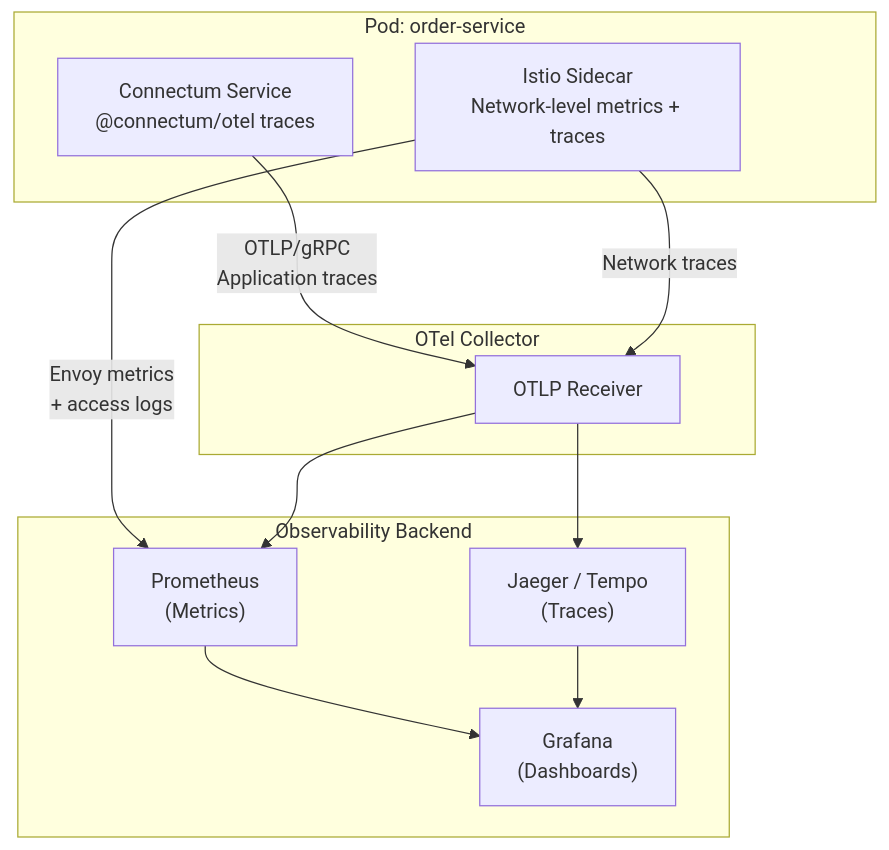
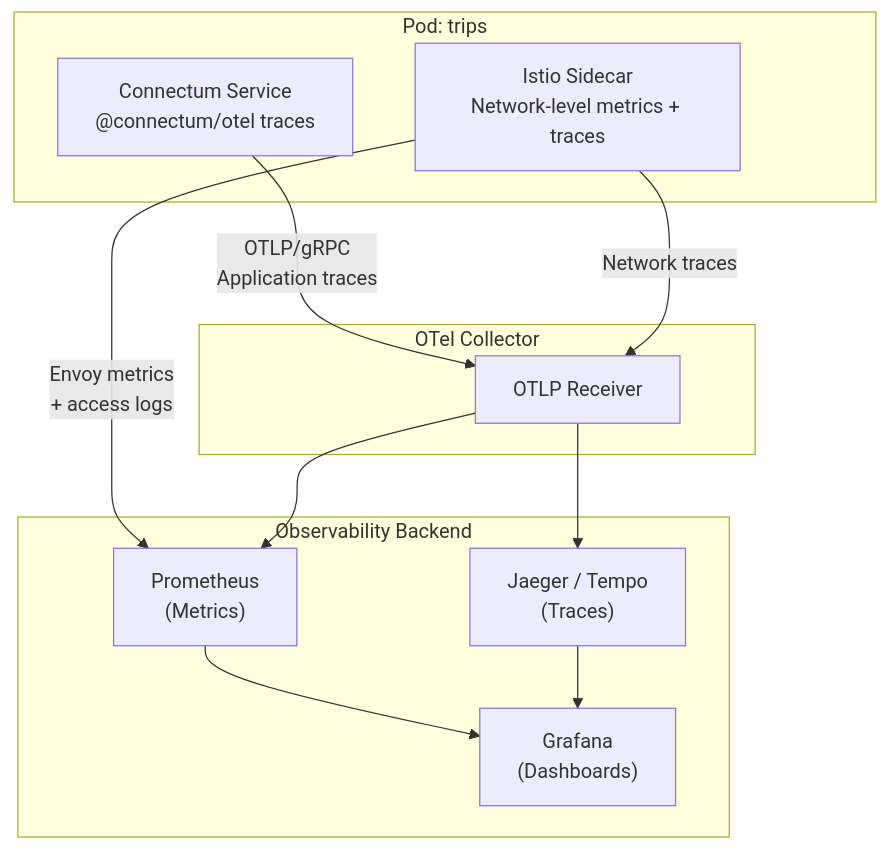
The diagram in en/guide/production/service-mesh.md (Connectum-Framework/docs), drawn with Mermaid before and after one commit. The commit also changed other lines of this file and 98 other files, not shown here.

````diff
--- a/en/guide/production/service-mesh.md
+++ b/en/guide/production/service-mesh.md
@@ -112,25 +111,25 @@
 ```mermaid
 graph TB
-    subgraph Pod["Pod: order-service"]
+    subgraph Pod["Pod: trips"]
         APP["Connectum Service<br/>@connectum/otel traces"]
         SIDECAR["Istio Sidecar<br/>Network-level metrics + traces"]
     end
 
     subgraph Collector["OTel Collector"]
         RECV["OTLP Receiver"]
     end
 
     subgraph Backend["Observability Backend"]
         JAEGER["Jaeger / Tempo<br/>(Traces)"]
         PROM["Prometheus<br/>(Metrics)"]
         GRAFANA["Grafana<br/>(Dashboards)"]
     end
 
     APP -->|"OTLP/gRPC<br/>Application traces"| RECV
     SIDECAR -->|"Envoy metrics<br/>+ access logs"| PROM
     SIDECAR -->|"Network traces"| RECV
     RECV --> JAEGER
     RECV --> PROM
     PROM --> GRAFANA
     JAEGER --> GRAFANA
 ```
````
